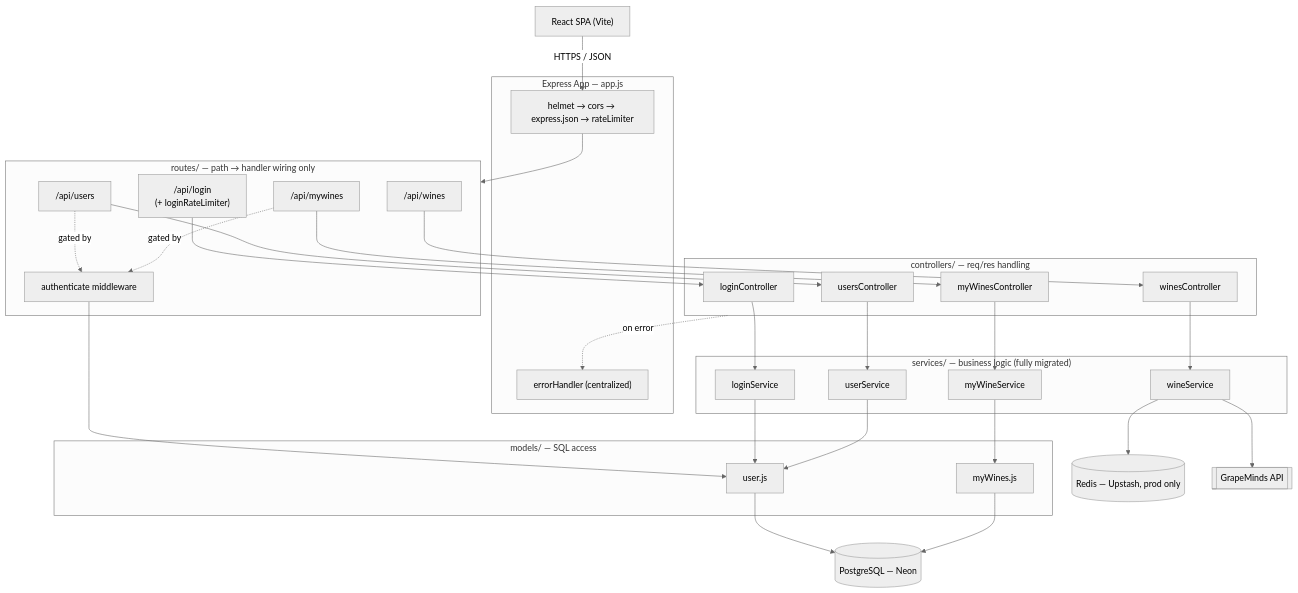
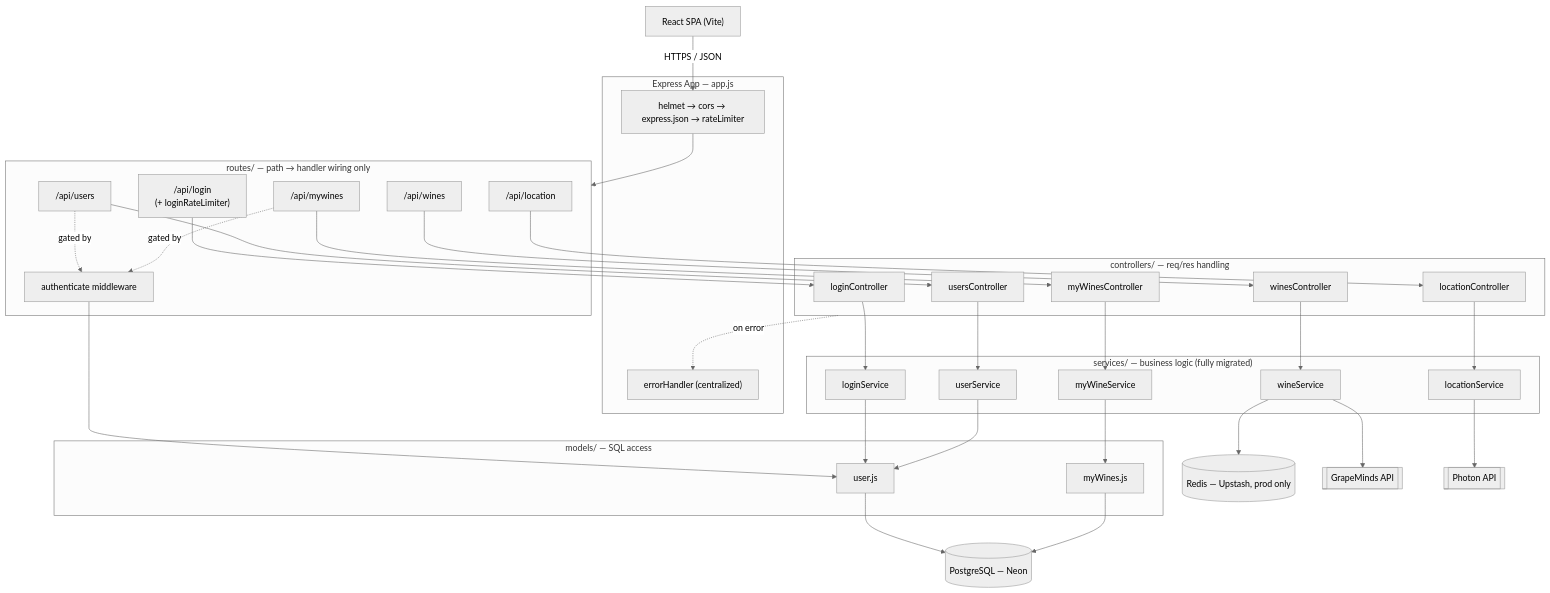
The second of 9 diagrams in back/README.md (vsvala/KnowWine-AI), drawn with Mermaid (neutral theme) before and after one commit. The commit also changed other lines of this file and 3 other files, not shown here.

````diff
--- a/back/README.md
+++ b/back/README.md
@@ -91,58 +97,64 @@
 ```mermaid
 flowchart TB
     FE["React SPA (Vite)"]
 
     subgraph App["Express App — app.js"]
         MW["helmet → cors → express.json → rateLimiter"]
         ErrH["errorHandler (centralized)"]
     end
 
     subgraph Routes["routes/ — path → handler wiring only"]
         RLogin["/api/login\n(+ loginRateLimiter)"]
         RUsers["/api/users"]
         RMyWines["/api/mywines"]
         RWines["/api/wines"]
+        RLocation["/api/location"]
         Auth["authenticate middleware"]
     end
 
     subgraph Controllers["controllers/ — req/res handling"]
         LoginC["loginController"]
         UsersC["usersController"]
         MyWinesC["myWinesController"]
         WinesC["winesController"]
+        LocationC["locationController"]
     end
 
     subgraph Services["services/ — business logic (fully migrated)"]
         LoginSvc["loginService"]
         UserSvc["userService"]
         MyWinesSvc["myWineService"]
         WinesSvc["wineService"]
+        LocationSvc["locationService"]
     end
 
     subgraph Models["models/ — SQL access"]
         UserModel["user.js"]
         MyWinesModel["myWines.js"]
     end
 
     PG[("PostgreSQL — Neon")]
     RD[("Redis — Upstash, prod only")]
     GM[["GrapeMinds API"]]
+    Photon[["Photon API"]]
 
     FE -->|HTTPS / JSON| MW --> Routes
 
     RUsers -.gated by.-> Auth
     RMyWines -.gated by.-> Auth
     Auth --> UserModel
 
     RLogin --> LoginC --> LoginSvc --> UserModel
     RUsers --> UsersC --> UserSvc --> UserModel
     RMyWines --> MyWinesC --> MyWinesSvc --> MyWinesModel
     RWines --> WinesC --> WinesSvc
+    RLocation --> LocationC --> LocationSvc
 
     UserModel --> PG
     MyWinesModel --> PG
     WinesSvc --> RD
     WinesSvc --> GM
+    LocationSvc --> Photon
 
     Controllers -. on error .-> ErrH
 ```
````
